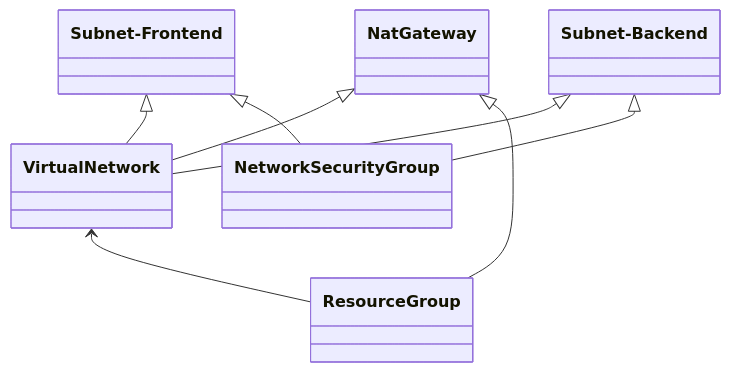
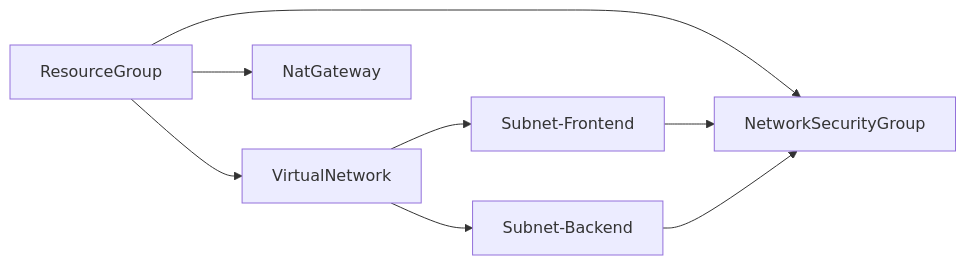
The diagram in README.md (sjovang/breezy-devconf-2025), drawn with Mermaid before and after one commit.

Commit message:
test flowchart

````diff
--- a/README.md
+++ b/README.md
@@ -7,11 +7,10 @@
 ```mermaid
-classDiagram
-    ResourceGroup
-    VirtualNetwork <-- ResourceGroup
-    NatGateway <|-- VirtualNetwork
-    NatGateway <|-- ResourceGroup
-    Subnet-Frontend <|-- VirtualNetwork
-    Subnet-Backend <|-- VirtualNetwork
-    Subnet-Frontend <|-- NetworkSecurityGroup
-    Subnet-Backend <|-- NetworkSecurityGroup
+flowchart LR
+    ResourceGroup --> VirtualNetwork
+    ResourceGroup --> NatGateway
+    ResourceGroup --> NetworkSecurityGroup
+    VirtualNetwork --> Subnet-Frontend
+    VirtualNetwork --> Subnet-Backend
+    Subnet-Frontend --> NetworkSecurityGroup
+    Subnet-Backend --> NetworkSecurityGroup 
 ```
````
